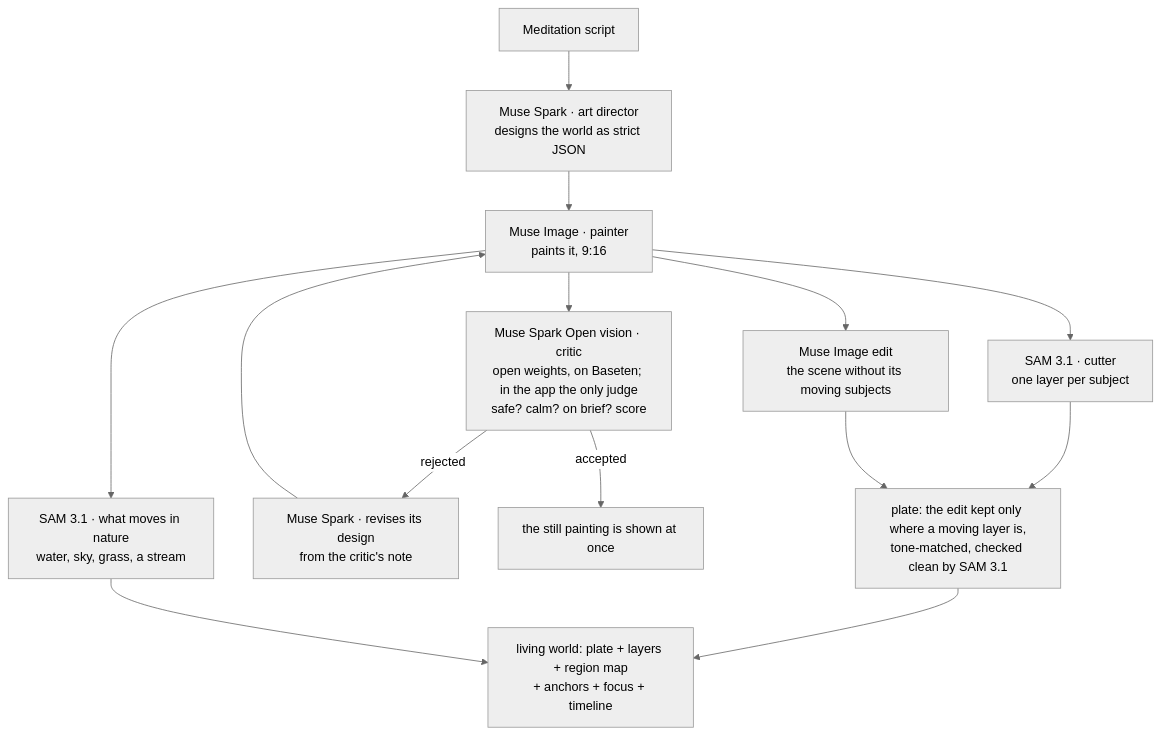
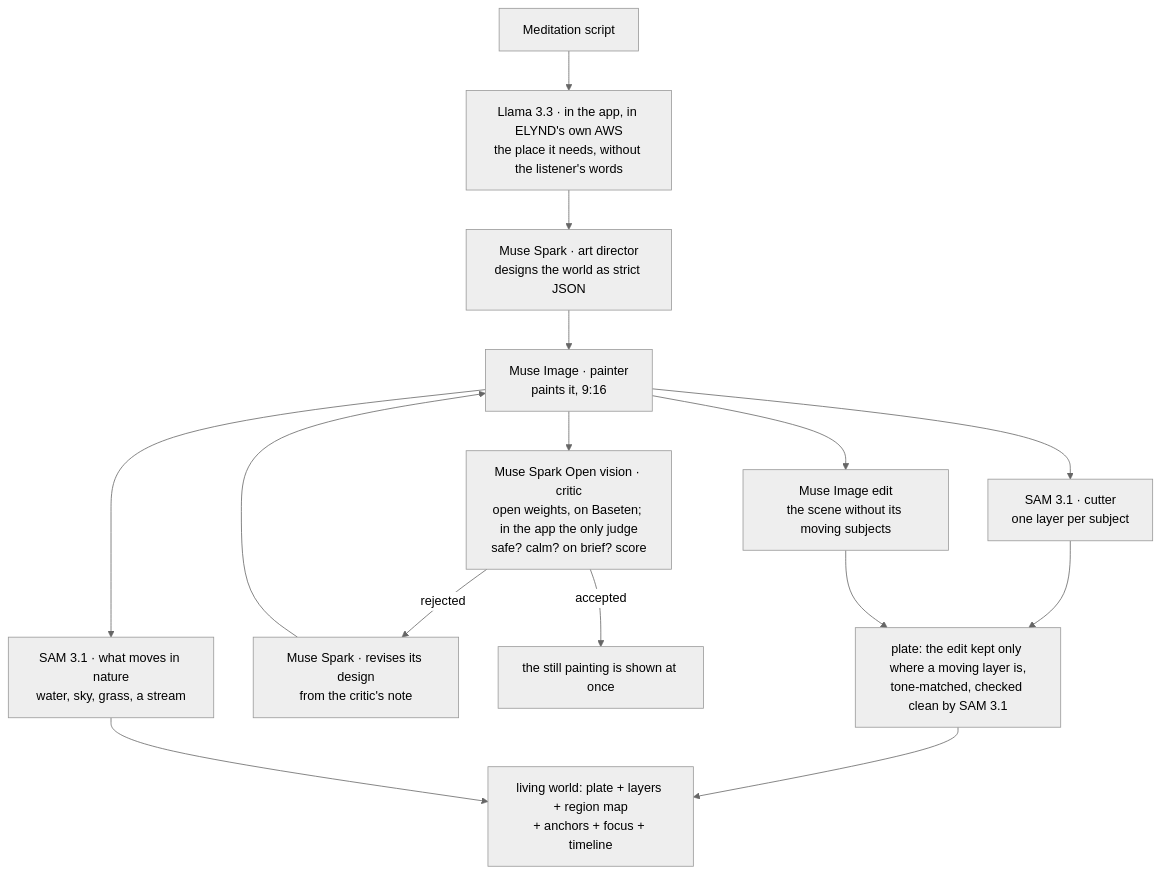
One commit to heynomads/elynd-worlds changed the diagram in README.md. Above: the diagram before and after it, drawn with Mermaid (neutral theme). The commit also changed other lines of this file, not shown here.

Commit message:
README: personal worlds through Llama (a listener's words never reach Meta's Model API; the place step in the diagram, privacy and the checks); Depth Anything runs only offline

````diff
--- a/README.md
+++ b/README.md
@@ -35,15 +39,16 @@
 ```mermaid
 flowchart TD
-    M[Meditation script] --> D[Muse Spark · art director<br/>designs the world as strict JSON]
+    M[Meditation script] --> L[Llama 3.3 · in the app, in ELYND's own AWS<br/>the place it needs, without the listener's words]
+    L --> D[Muse Spark · art director<br/>designs the world as strict JSON]
     D --> P[Muse Image · painter<br/>paints it, 9:16]
     P --> C[Muse Spark Open vision · critic<br/>open weights, on Baseten; in the app the only judge<br/>safe? calm? on brief? score]
     P --> S[SAM 3.1 · cutter<br/>one layer per subject]
     P --> E[Muse Image edit<br/>the scene without its moving subjects]
     P --> N[SAM 3.1 · what moves in nature<br/>water, sky, grass, a stream]
     C -- rejected --> R[Muse Spark · revises its design<br/>from the critic's note] --> P
     C -- accepted --> Show[the still painting is shown at once]
     S --> Plate
     E --> Plate[plate: the edit kept only where a moving layer is,<br/>tone-matched, checked clean by SAM 3.1]
     Plate --> World[living world: plate + layers + region map<br/>+ anchors + focus + timeline]
     N --> World
 ```
````
